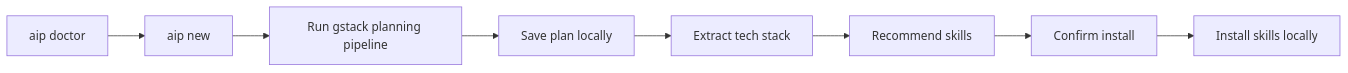
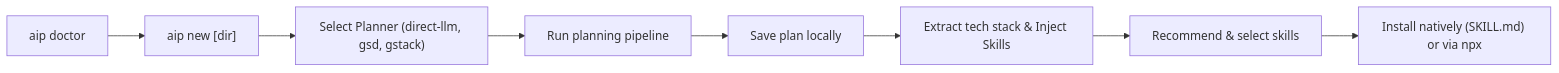
One commit to vntopicai/ai-planner changed the second of 2 diagrams in docs/implementation_plan.md. Above: the diagram before and after it, drawn with Mermaid. The commit also changed other lines of this file and 76 other files, not shown here.

Commit message:
User addyosmani/agent-skills as main planner, implement switch and status current project planner

````diff
--- a/docs/implementation_plan.md
+++ b/docs/implementation_plan.md
@@ -82,10 +82,10 @@
 ```mermaid
 flowchart LR
-    A["aip doctor"] --> B["aip new"]
-    B --> C["Run gstack planning pipeline"]
-    C --> D["Save plan locally"]
-    D --> E["Extract tech stack"]
-    E --> F["Recommend skills"]
-    F --> G["Confirm install"]
-    G --> H["Install skills locally"]
+    A["aip doctor"] --> B["aip new [dir]"]
+    B --> C["Select Planner (direct-llm, gsd, gstack)"]
+    C --> D["Run planning pipeline"]
+    D --> E["Save plan locally"]
+    E --> F["Extract tech stack & Inject Skills"]
+    F --> G["Recommend & select skills"]
+    G --> H["Install natively (SKILL.md) or via npx"]
 ```
````
